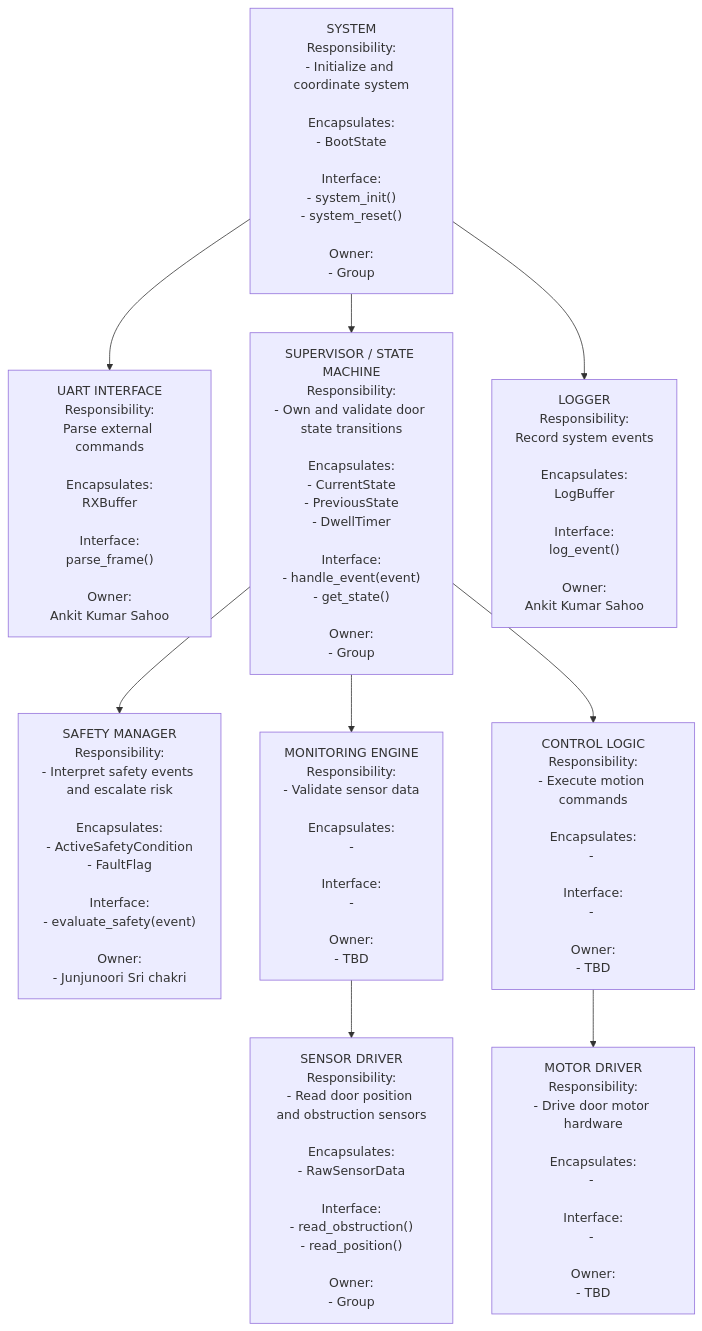
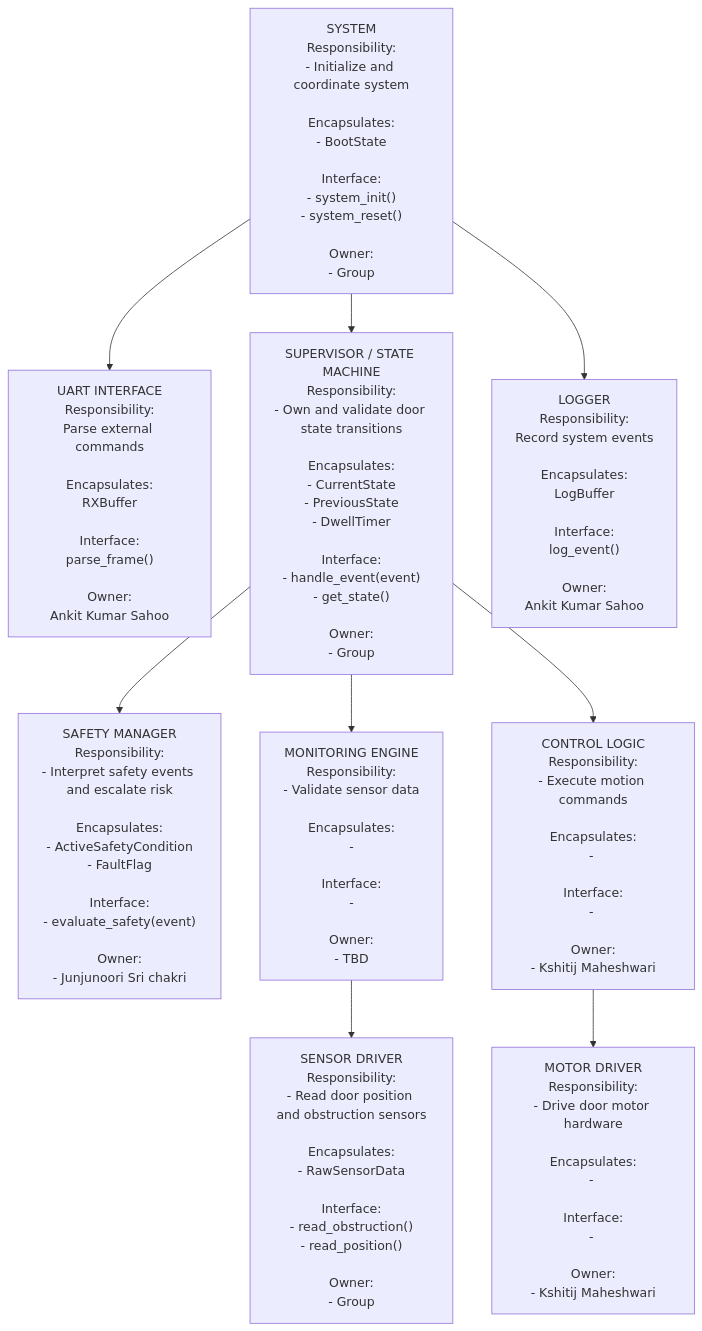
Before and after one commit to csg523/project-p7-elevator-door: the diagram in docs/sections/architecture.md, drawn with Mermaid.

Commit message:
update the architecture.md file

```diff
--- a/docs/sections/architecture.md
+++ b/docs/sections/architecture.md
@@ -103,7 +103,7 @@
 - <command_open()>
 
 Owner:
-- TBD
+- Kshitij Maheshwari
 "]
 
 Control --> MotorDriver["MOTOR DRIVER
@@ -117,7 +117,7 @@
 - <motor_open()>
 
 Owner:
-- TBD
+- Kshitij Maheshwari
 "]
 
 Monitoring --> SensorDriver["SENSOR DRIVER
```
